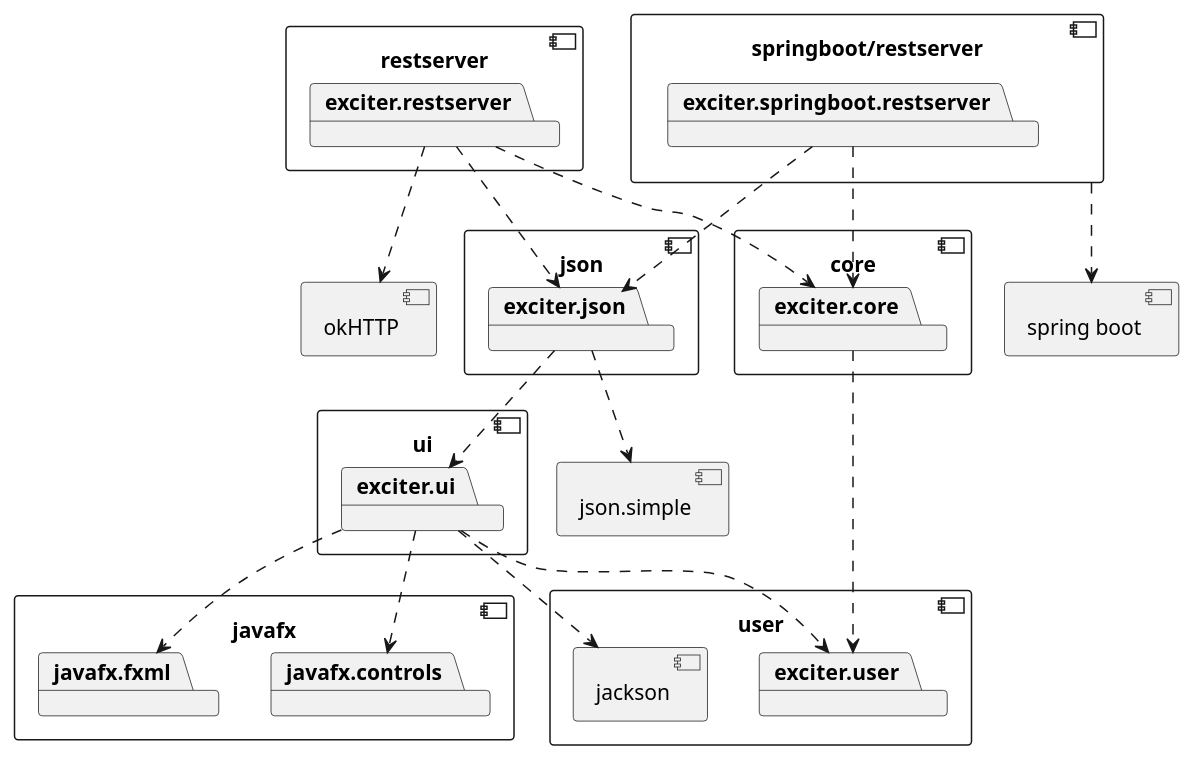
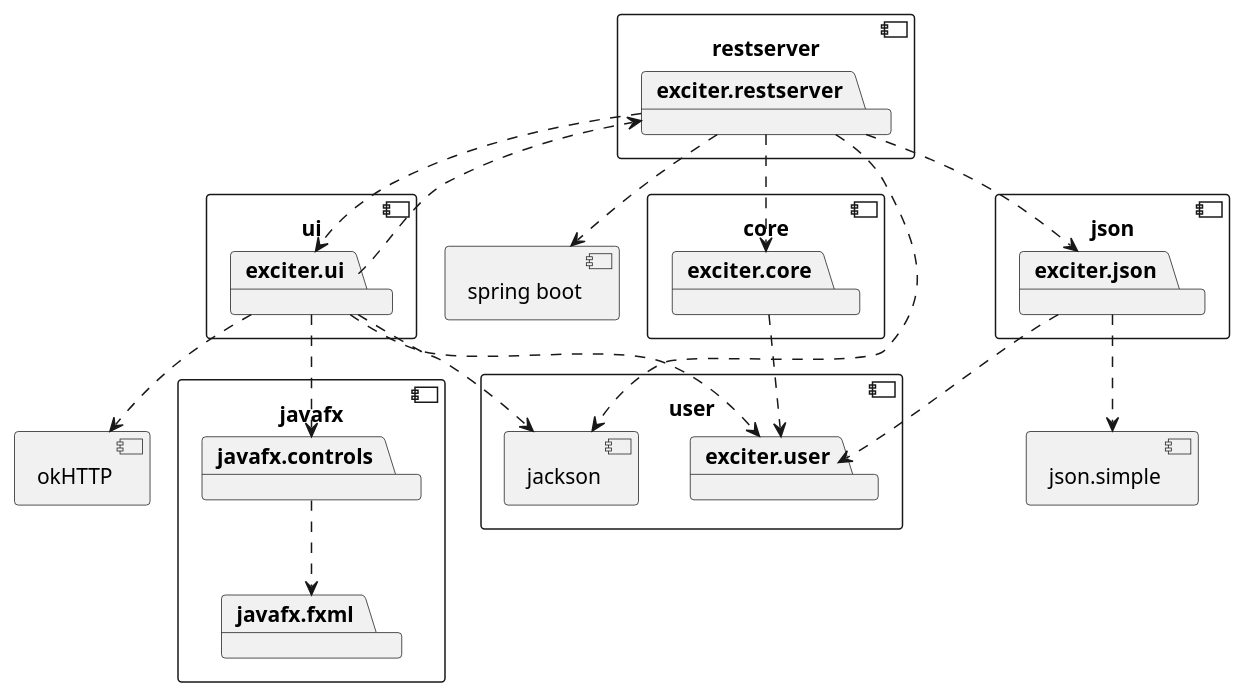
The diagram in docs/release 3/packageDiagram.plantuml (Tordsg/Xcitr), drawn with PlantUML before and after one commit.

Commit message:
updated package diagram

```diff
--- a/docs/release 3/packageDiagram.plantuml
+++ b/docs/release 3/packageDiagram.plantuml
@@ -1,68 +1,71 @@
 @startuml packageDiagram
 
 component core{
     package exciter.core
 }
 
 component ui{
     package exciter.ui
 }
 
 component json{
     package exciter.json
     
 }
 
 component javafx{
     package javafx.controls
     package javafx.fxml
 }
 
 component restserver{
     package exciter.restserver
 
 }
 
 component user {
     package jackson
     package exciter.user
 
 }
 component json.simple{
 
 }
 
 component jackson {
 }
 
-component "springboot/restserver" as springboot.restserver {
-	package exciter.springboot.restserver
-}
-
-exciter.springboot.restserver ..> exciter.core
-exciter.springboot.restserver ..> exciter.json
 
 component "spring boot" as springboot {
 }
 
 component okHTTP {
 
 }
-exciter.restserver ..> okHTTP
-springboot.restserver ..> springboot
-exciter.restserver ..> exciter.json
+
+
+exciter.restserver ..> exciter.ui
+exciter.ui ..> exciter.restserver
 exciter.restserver ..>exciter.core
-exciter.ui ..> javafx.controls
-exciter.ui ..> javafx.fxml
-exciter.ui ..> exciter.user
-exciter.core ..>exciter.user
-exciter.json ..> exciter.ui
+exciter.restserver ..> springboot
 
 
 exciter.ui ..> jackson
+exciter.restserver ..> jackson
+
+
+exciter.ui ..> javafx.controls
+javafx.controls ..> javafx.fxml
+exciter.ui ..> okHTTP
+exciter.ui ..> exciter.user
+exciter.core ..>exciter.user
+exciter.json ..> exciter.user
+exciter.restserver ..> exciter.json
+
+
 exciter.json ..> json.simple
 
 
 
 
 @enduml
```
